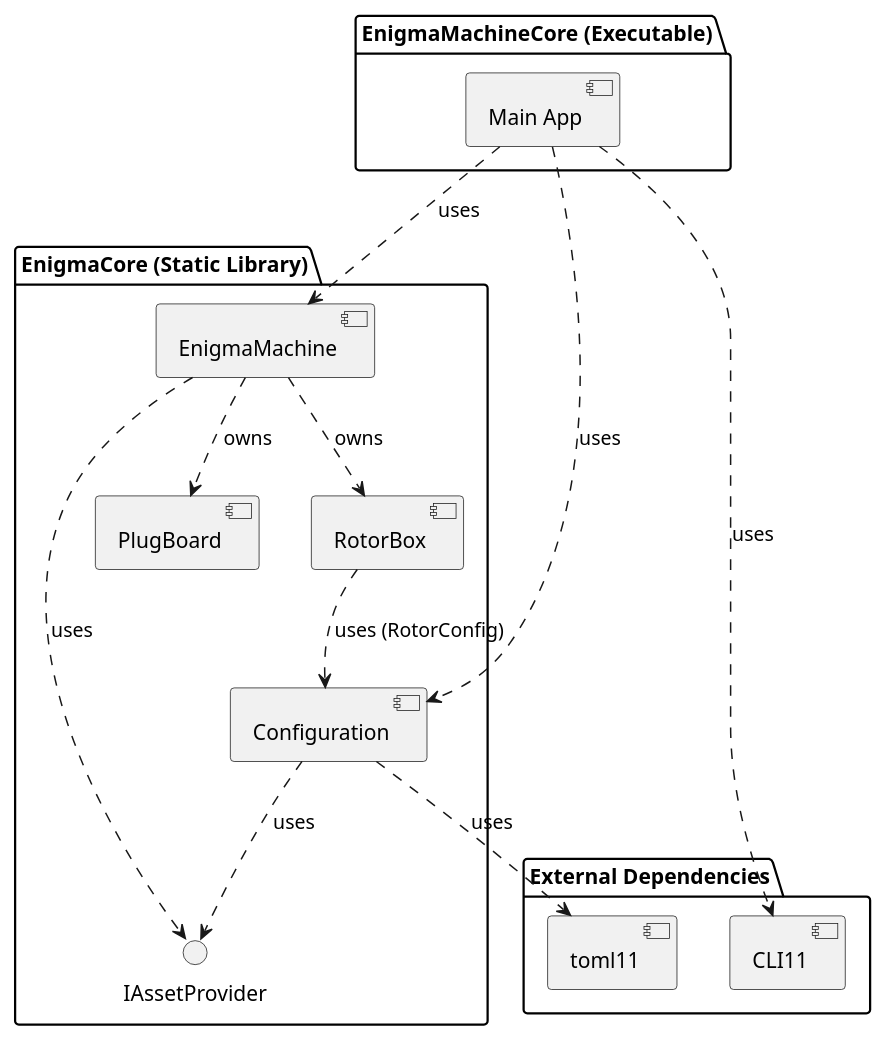
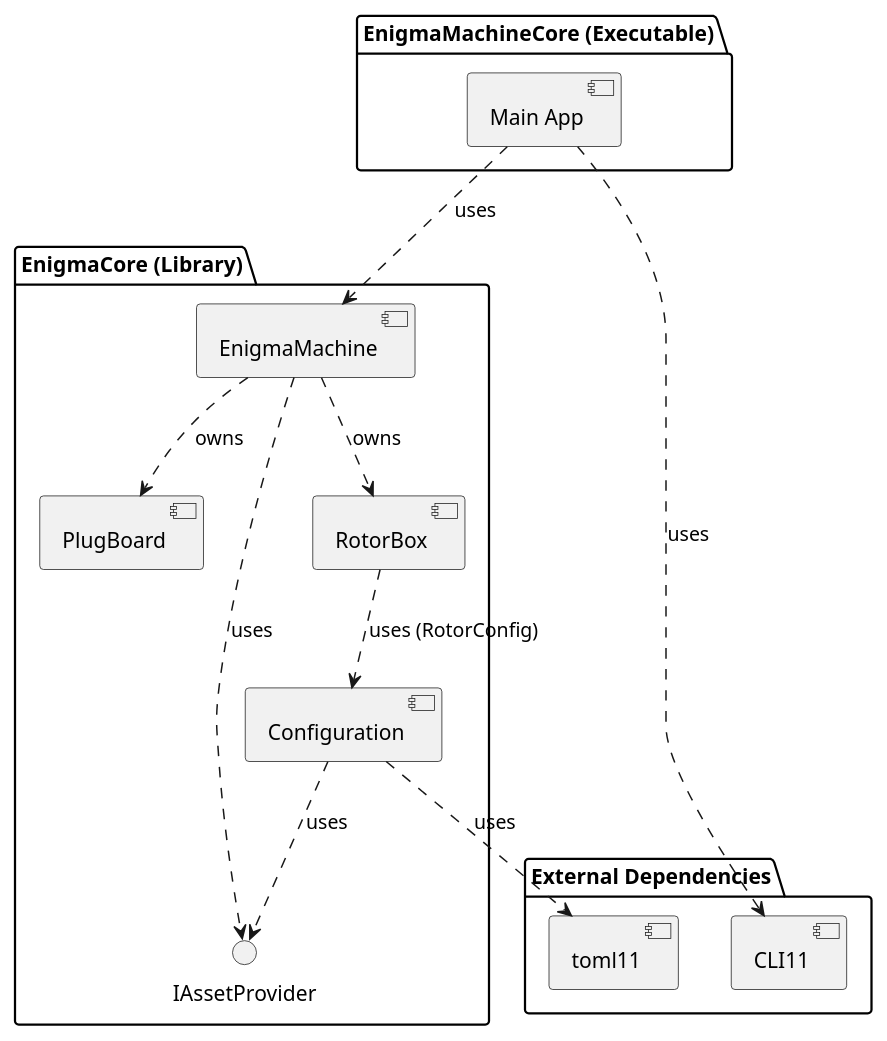
The diagram in docs/diagrams/component_diagram.puml (alvarocleite/EnigmaMachineCore), drawn with PlantUML before and after one commit. The commit also changed 8 other files, not shown here.

```diff
--- a/docs/diagrams/component_diagram.puml
+++ b/docs/diagrams/component_diagram.puml
@@ -1,39 +1,38 @@
 @startuml EnigmaMachineCore_Component_Diagram
 
 skinparam monochrome true
 skinparam componentStyle uml2
 
 package "EnigmaMachineCore (Executable)" {
     [Main App] as App
 }
 
-package "EnigmaCore (Static Library)" {
+package "EnigmaCore (Library)" {
     component [EnigmaMachine] as EM
     component [RotorBox] as RB
     component [PlugBoard] as PB
     component [Configuration] as Config
     
     interface "IAssetProvider" as IAP
 }
 
 package "External Dependencies" {
     [CLI11]
     [toml11]
 }
 
 ' Application Dependencies
 App ..> EM : uses
-App ..> Config : uses
 App ..> CLI11 : uses
 
 ' Core Internal Dependencies
 EM ..> RB : owns
 EM ..> PB : owns
 EM ..> IAP : uses
 Config ..> IAP : uses
 RB ..> Config : uses (RotorConfig)
 
 ' External Lib Usage
 Config ..> toml11 : uses
 
 @enduml
```
